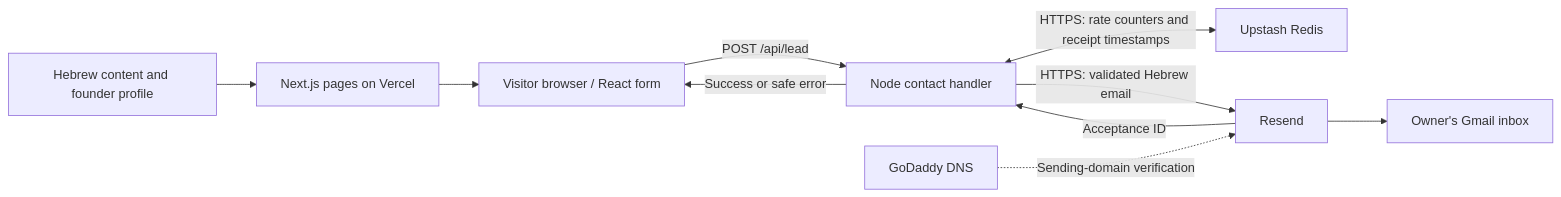
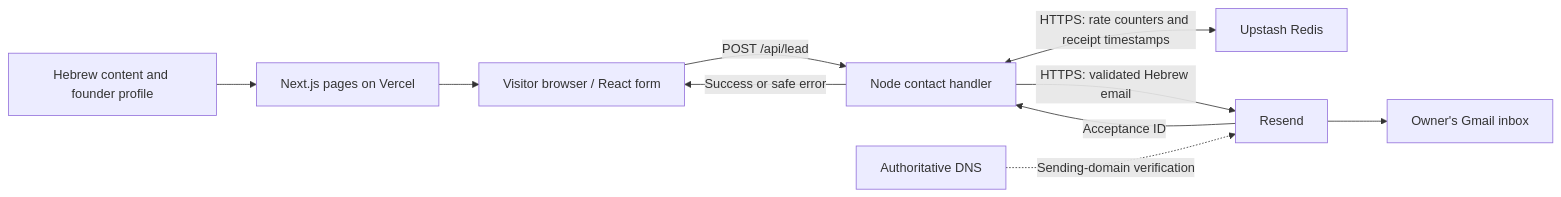
Before and after one commit to NirMeir1/smart-automation-il: the diagram in README.md, drawn with Mermaid. The commit also changed other lines of this file and 27 other files, not shown here.

````diff
--- a/README.md
+++ b/README.md
@@ -21,12 +21,12 @@
 ```mermaid
 flowchart LR
   Content["Hebrew content and founder profile"] --> App["Next.js pages on Vercel"]
   App --> Browser["Visitor browser / React form"]
   Browser -->|"POST /api/lead"| API["Node contact handler"]
   API <-->|"HTTPS: rate counters and receipt timestamps"| Redis["Upstash Redis"]
   API -->|"HTTPS: validated Hebrew email"| Resend["Resend"]
   Resend --> Gmail["Owner's Gmail inbox"]
   Resend -->|"Acceptance ID"| API
   API -->|"Success or safe error"| Browser
-  DNS["GoDaddy DNS"] -. "Sending-domain verification" .-> Resend
+  DNS["Authoritative DNS"] -. "Sending-domain verification" .-> Resend
 ```
````
